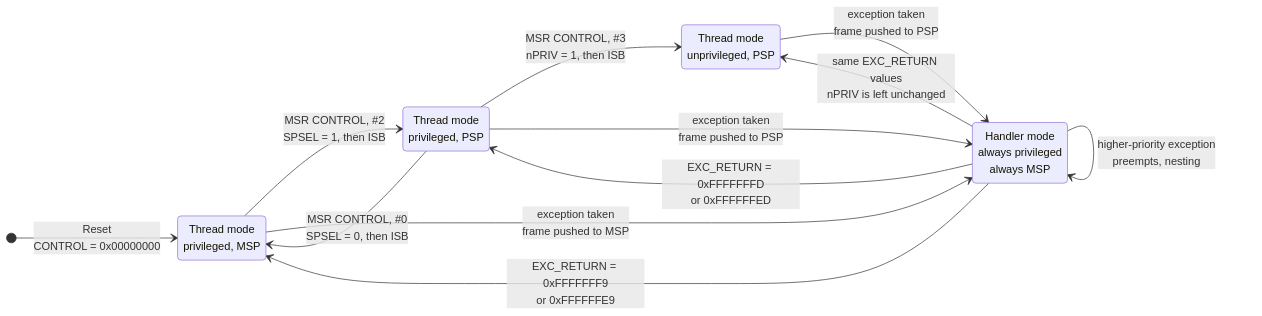
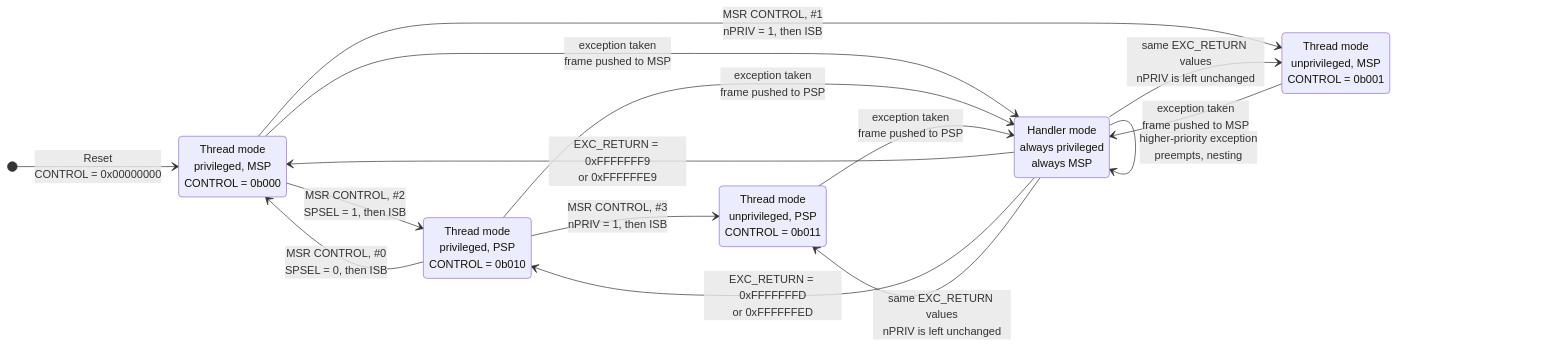
One commit to AndriiSonsiadlo/knowledge-base changed the diagram in docs/embedded/02-processor-architecture/privilege-modes-and-stacks.md. Above: the diagram before and after it, drawn with Mermaid. The commit also changed other lines of this file and 4 other files, not shown here.

````diff
--- a/docs/embedded/02-processor-architecture/privilege-modes-and-stacks.md
+++ b/docs/embedded/02-processor-architecture/privilege-modes-and-stacks.md
@@ -34,23 +34,27 @@
 ```mermaid
 stateDiagram-v2
     direction LR
     [*] --> ThreadMSP: Reset<br/>CONTROL = 0x00000000
 
-    state "Thread mode<br/>privileged, MSP" as ThreadMSP
-    state "Thread mode<br/>privileged, PSP" as ThreadPSP
-    state "Thread mode<br/>unprivileged, PSP" as ThreadUnpriv
+    state "Thread mode<br/>privileged, MSP<br/>CONTROL = 0b000" as ThreadMSP
+    state "Thread mode<br/>privileged, PSP<br/>CONTROL = 0b010" as ThreadPSP
+    state "Thread mode<br/>unprivileged, MSP<br/>CONTROL = 0b001" as ThreadUnprivMSP
+    state "Thread mode<br/>unprivileged, PSP<br/>CONTROL = 0b011" as ThreadUnpriv
     state "Handler mode<br/>always privileged<br/>always MSP" as Handler
 
     ThreadMSP --> ThreadPSP: MSR CONTROL, #2<br/>SPSEL = 1, then ISB
     ThreadPSP --> ThreadMSP: MSR CONTROL, #0<br/>SPSEL = 0, then ISB
+    ThreadMSP --> ThreadUnprivMSP: MSR CONTROL, #1<br/>nPRIV = 1, then ISB
     ThreadPSP --> ThreadUnpriv: MSR CONTROL, #3<br/>nPRIV = 1, then ISB
 
     ThreadMSP --> Handler: exception taken<br/>frame pushed to MSP
     ThreadPSP --> Handler: exception taken<br/>frame pushed to PSP
+    ThreadUnprivMSP --> Handler: exception taken<br/>frame pushed to MSP
     ThreadUnpriv --> Handler: exception taken<br/>frame pushed to PSP
     Handler --> Handler: higher-priority exception<br/>preempts, nesting
 
     Handler --> ThreadMSP: EXC_RETURN = 0xFFFFFFF9<br/>or 0xFFFFFFE9
     Handler --> ThreadPSP: EXC_RETURN = 0xFFFFFFFD<br/>or 0xFFFFFFED
+    Handler --> ThreadUnprivMSP: same EXC_RETURN values<br/>nPRIV is left unchanged
     Handler --> ThreadUnpriv: same EXC_RETURN values<br/>nPRIV is left unchanged
 ```
````
